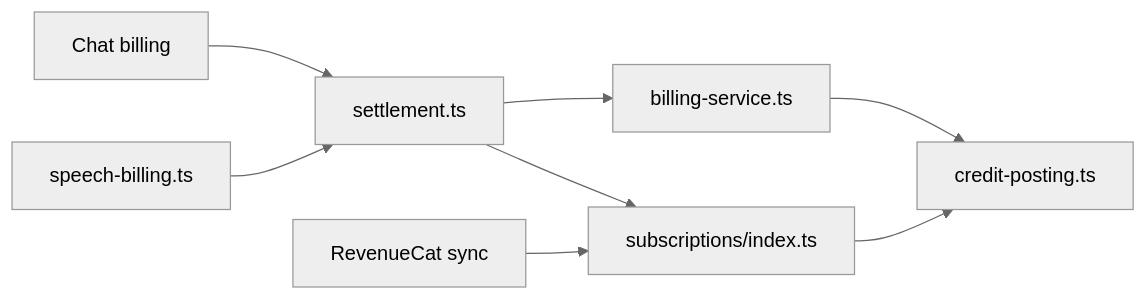
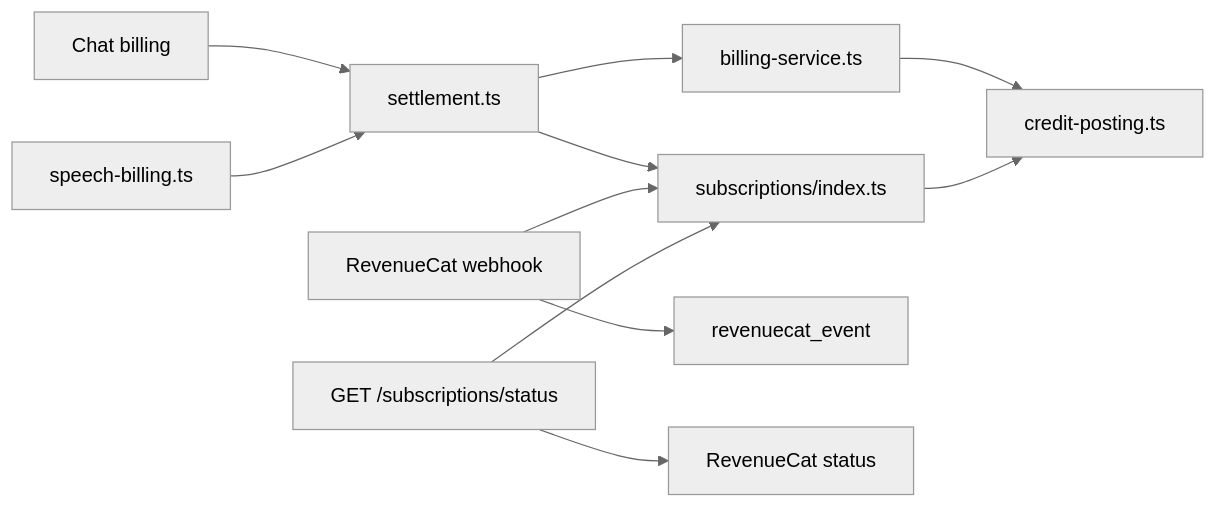
The first of 2 diagrams in server/docs/ai/adr/2026-10-04-subscription-credits.md (moeru-ai/airi), drawn with Mermaid (neutral theme) before and after one commit. The commit also changed other lines of this file and 21 other files, not shown here.

First line of the commit message:
refactor(api): read subscription status from RevenueCat

````diff
--- a/server/docs/ai/adr/2026-10-04-subscription-credits.md
+++ b/server/docs/ai/adr/2026-10-04-subscription-credits.md
@@ -43,10 +62,13 @@
 ```mermaid
 flowchart LR
   Chat[Chat billing] --> Settle["settlement.ts"]
   Speech[speech-billing.ts] --> Settle
   Settle --> Subs["subscriptions/index.ts"]
   Settle --> Billing[billing-service.ts]
   Billing --> Credits[credit-posting.ts]
   Subs --> Credits
-  Webhook[RevenueCat sync] --> Subs
+  Webhook[RevenueCat webhook] --> Log[revenuecat_event]
+  Webhook --> Subs
+  Status["GET /subscriptions/status"] --> Reader[RevenueCat status]
+  Status --> Subs
 ```
````
